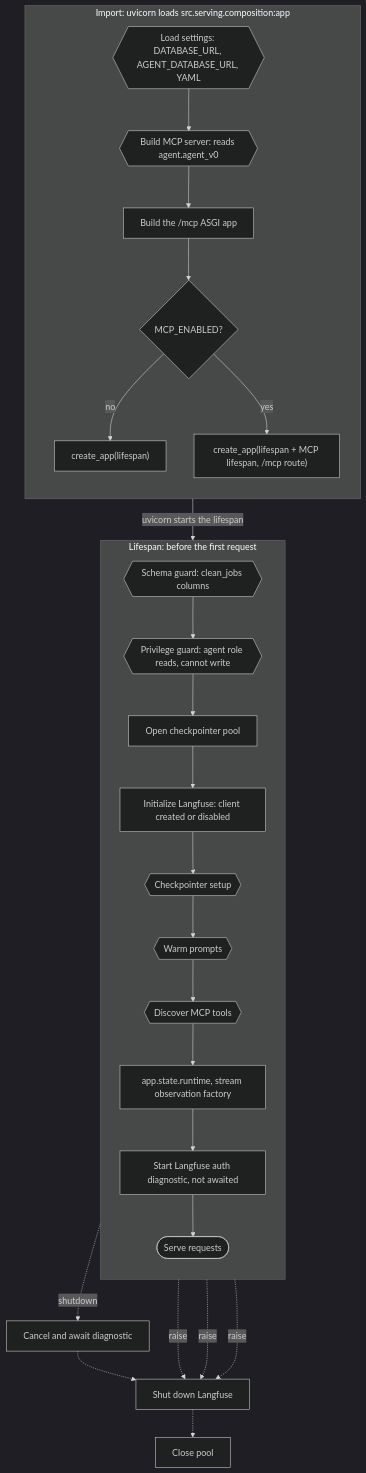
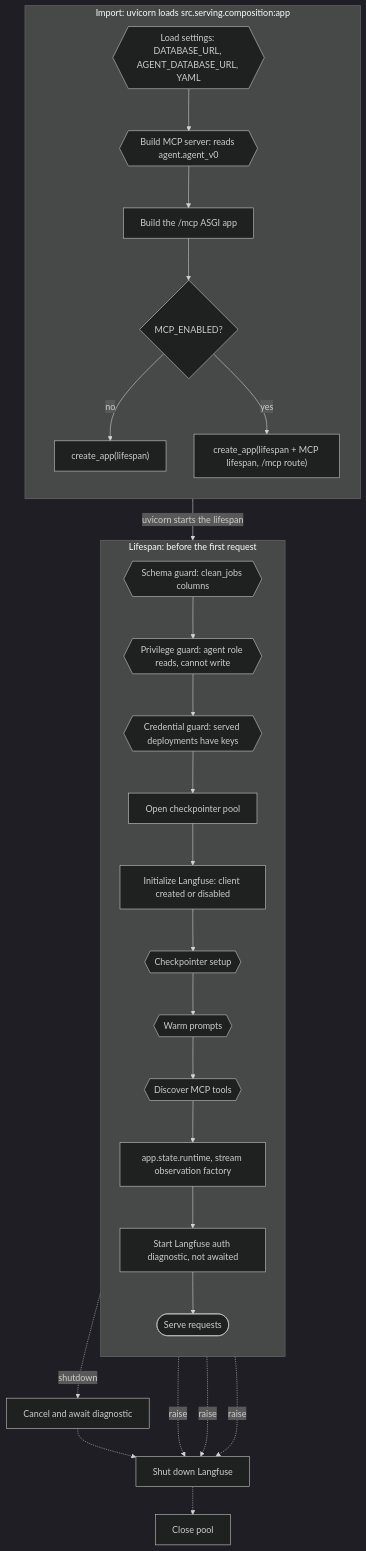
One commit to Park-Hip/InternHunterAgent changed the diagram in docs/modules/composition.md. Above: the diagram before and after it, drawn with Mermaid (dark theme). The commit also changed other lines of this file and 11 other files, not shown here.

````diff
--- a/docs/modules/composition.md
+++ b/docs/modules/composition.md
@@ -54,29 +54,30 @@
 ```mermaid
 flowchart TD
     subgraph IMPORT["Import: uvicorn loads src.serving.composition:app"]
         direction TB
         I0{{"Load settings: DATABASE_URL, AGENT_DATABASE_URL, YAML"}} --> I2{{"Build MCP server: reads agent.agent_v0"}}
         I2 --> I3["Build the /mcp ASGI app"]
         I3 --> I4{"MCP_ENABLED?"}
         I4 -->|no| A1["create_app(lifespan)"]
         I4 -->|yes| A2["create_app(lifespan + MCP lifespan, /mcp route)"]
     end
     subgraph LIFESPAN["Lifespan: before the first request"]
         direction TB
         L2{{"Schema guard: clean_jobs columns"}}
         L2 --> L3{{"Privilege guard: agent role reads, cannot write"}}
-        L3 --> L4["Open checkpointer pool"]
-        L4 --> L4B["Initialize Langfuse: client created or disabled"]
-        L4B --> L5{{"Checkpointer setup"}}
-        L5 --> L6{{"Warm prompts"}}
-        L6 --> L7{{"Discover MCP tools"}}
-        L7 --> L8["app.state.runtime, stream observation factory"]
-        L8 --> L9["Start Langfuse auth diagnostic, not awaited"]
-        L9 --> SERVE(["Serve requests"])
+        L3 --> L4{{"Credential guard: served deployments have keys"}}
+        L4 --> L5["Open checkpointer pool"]
+        L5 --> L5B["Initialize Langfuse: client created or disabled"]
+        L5B --> L6{{"Checkpointer setup"}}
+        L6 --> L7{{"Warm prompts"}}
+        L7 --> L8{{"Discover MCP tools"}}
+        L8 --> L9["app.state.runtime, stream observation factory"]
+        L9 --> L10["Start Langfuse auth diagnostic, not awaited"]
+        L10 --> SERVE(["Serve requests"])
     end
     IMPORT -->|"uvicorn starts the lifespan"| LIFESPAN
     SERVE -.->|shutdown| T1["Cancel and await diagnostic"]
     T1 -.-> T2["Shut down Langfuse"]
     T2 -.-> T3["Close pool"]
-    L5 & L6 & L7 -.->|raise| T2
+    L6 & L7 & L8 -.->|raise| T2
 ```
````
